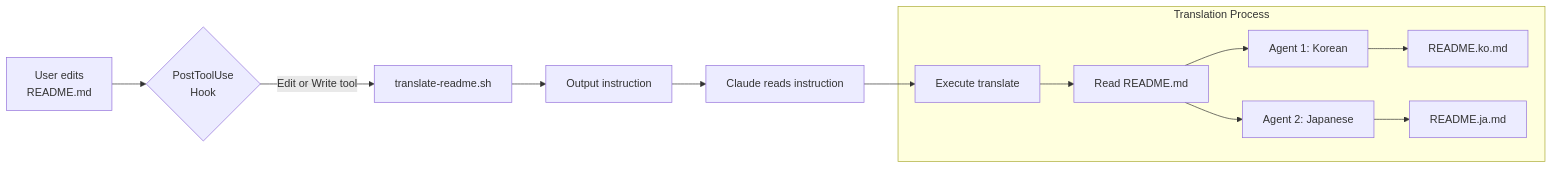
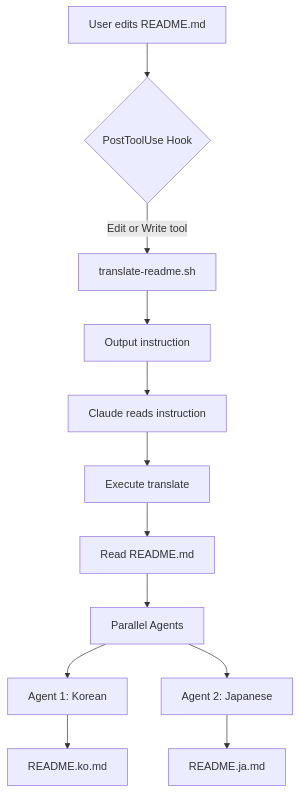
Before and after one commit to roboco-io/awesome-vibecoding: the third of 4 diagrams in docs/automation.md, drawn with Mermaid.

Commit message:
Change flowchart to vertical layout for better readability
- Change flowchart LR to TB for auto-translation diagram
- Reorganize nodes for vertical flow

🤖 Generated with [Claude Code](https://claude.com/claude-code)

````diff
--- a/docs/automation.md
+++ b/docs/automation.md
@@ -117,16 +117,14 @@
 ```mermaid
-flowchart LR
-    A[User edits<br/>README.md] --> B{PostToolUse<br/>Hook}
+flowchart TB
+    A[User edits README.md] --> B{PostToolUse Hook}
     B -->|Edit or Write tool| C[translate-readme.sh]
     C --> D[Output instruction]
     D --> E[Claude reads instruction]
     E --> F[Execute translate]
-
-    subgraph "Translation Process"
-        F --> G[Read README.md]
-        G --> H[Agent 1: Korean]
-        G --> I[Agent 2: Japanese]
-        H --> J[README.ko.md]
-        I --> K[README.ja.md]
-    end
+    F --> G[Read README.md]
+    G --> H[Parallel Agents]
+    H --> I[Agent 1: Korean]
+    H --> J[Agent 2: Japanese]
+    I --> K[README.ko.md]
+    J --> L[README.ja.md]
 ```
````
